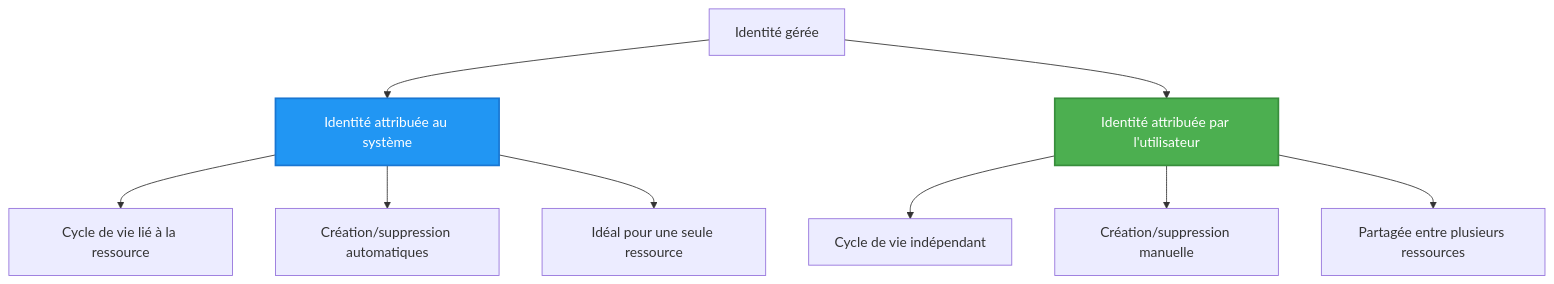
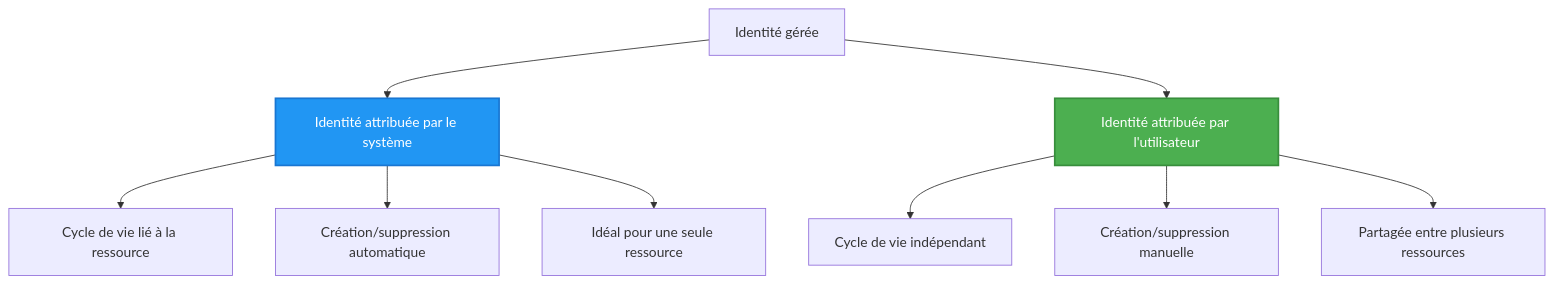
One commit to microsoft/AZD-for-beginners changed the second of 2 diagrams in translations/fr/docs/chapter-03-configuration/authsecurity.md. Above: the diagram before and after it, drawn with Mermaid. The commit also changed other lines of this file and 101 other files, not shown here.

````diff
--- a/translations/fr/docs/chapter-03-configuration/authsecurity.md
+++ b/translations/fr/docs/chapter-03-configuration/authsecurity.md
@@ -97,20 +97,20 @@
 ```mermaid
 graph TB
     MI[Identité gérée]
-    SystemAssigned[Identité attribuée au système]
+    SystemAssigned[Identité attribuée par le système]
     UserAssigned[Identité attribuée par l'utilisateur]
     
     MI --> SystemAssigned
     MI --> UserAssigned
     
     SystemAssigned --> SA1[Cycle de vie lié à la ressource]
-    SystemAssigned --> SA2[Création/suppression automatiques]
+    SystemAssigned --> SA2[Création/suppression automatique]
     SystemAssigned --> SA3[Idéal pour une seule ressource]
     
     UserAssigned --> UA1[Cycle de vie indépendant]
     UserAssigned --> UA2[Création/suppression manuelle]
     UserAssigned --> UA3[Partagée entre plusieurs ressources]
     
     style SystemAssigned fill:#2196F3,stroke:#1976D2,stroke-width:2px,color:#fff
     style UserAssigned fill:#4CAF50,stroke:#388E3C,stroke-width:2px,color:#fff
 ```
````
